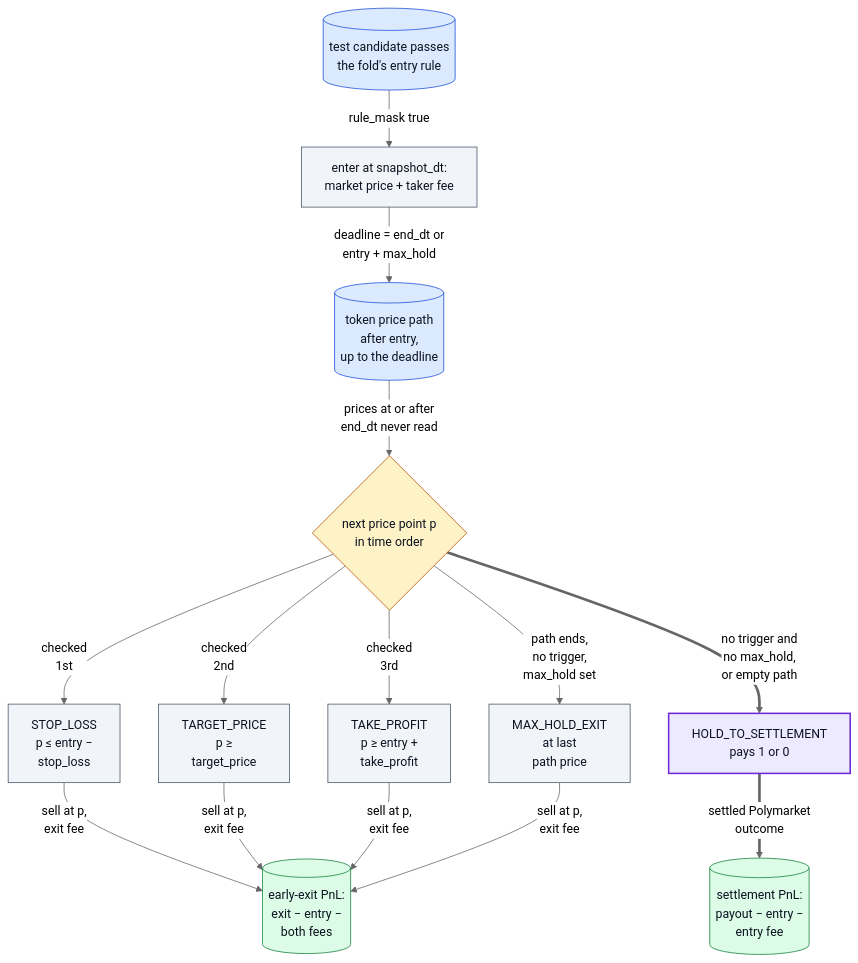
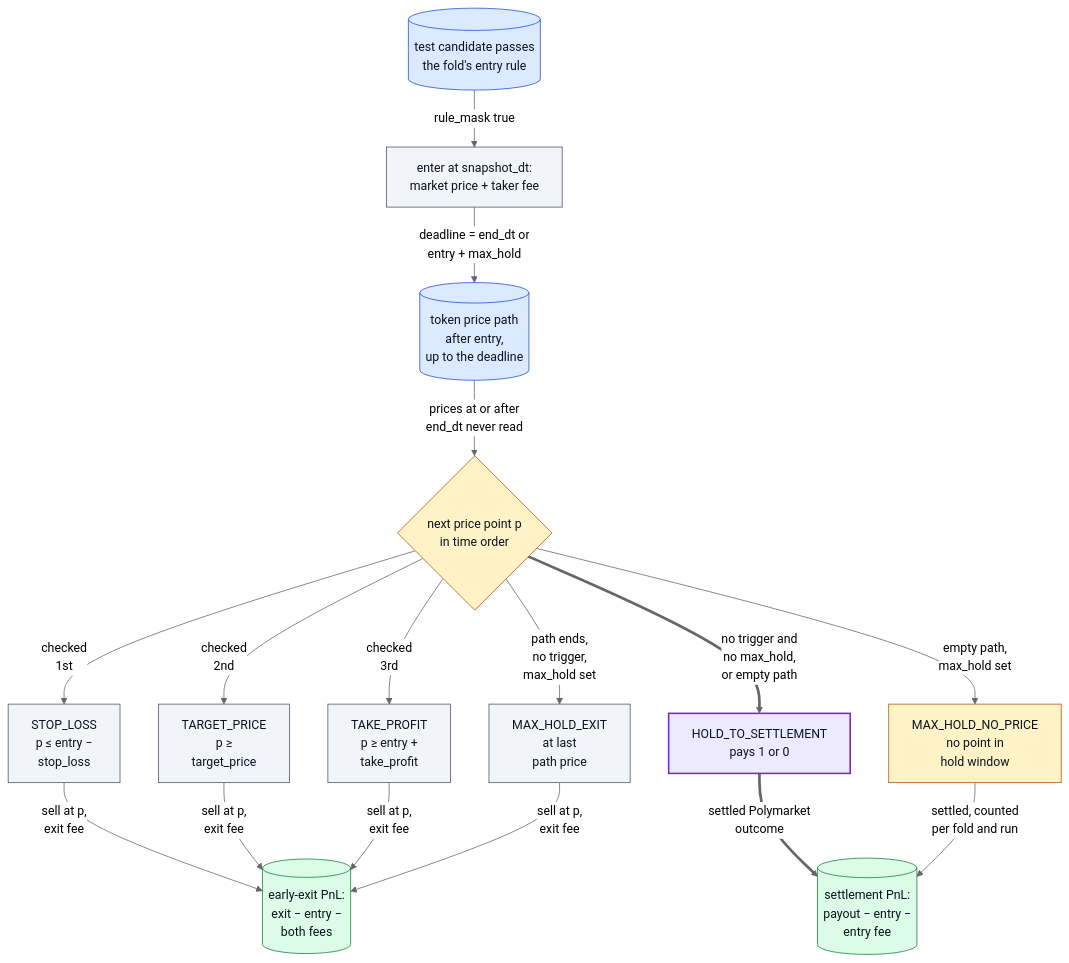
The fourth of 4 diagrams in docs/DIAGRAMS.md (oscar-chw/Polymarket-Crypto-5min), drawn with Mermaid (neutral theme) before and after one commit. The commit also changed 3 other files, not shown here.

First line of the commit message:
fix: mark max-hold exits with no price data instead of settling silently

````diff
--- a/docs/DIAGRAMS.md
+++ b/docs/DIAGRAMS.md
@@ -165,35 +165,38 @@
 ```mermaid
 flowchart TB
   E0[("test candidate passes<br/>the fold's entry rule")]:::data
   E1["enter at snapshot_dt:<br/>market price + taker fee"]:::step
   PATH[("token price path<br/>after entry,<br/>up to the deadline")]:::data
   Q{"next price point p<br/>in time order"}:::gate
   SL["STOP_LOSS<br/>p ≤ entry −<br/>stop_loss"]:::step
   TG["TARGET_PRICE<br/>p ≥<br/>target_price"]:::step
   TP["TAKE_PROFIT<br/>p ≥ entry +<br/>take_profit"]:::step
   MH["MAX_HOLD_EXIT<br/>at last<br/>path price"]:::step
   HS["HOLD_TO_SETTLEMENT<br/>pays 1 or 0"]:::key
+  MN["MAX_HOLD_NO_PRICE<br/>no point in<br/>hold window"]:::gate
   X1[("early-exit PnL:<br/>exit − entry −<br/>both fees")]:::out
   X2[("settlement PnL:<br/>payout − entry −<br/>entry fee")]:::out
 
   E0 -->|"rule_mask true"| E1
   E1 -->|"deadline = end_dt or<br/>entry + max_hold"| PATH
   PATH -->|"prices at or after<br/>end_dt never read"| Q
   Q -->|"checked<br/>1st"| SL
   Q -->|"checked<br/>2nd"| TG
   Q -->|"checked<br/>3rd"| TP
   Q -->|"path ends,<br/>no trigger,<br/>max_hold set"| MH
   Q ==>|"no trigger and<br/>no max_hold,<br/>or empty path"| HS
+  Q -->|"empty path,<br/>max_hold set"| MN
   SL -->|"sell at p,<br/>exit fee"| X1
   TG -->|"sell at p,<br/>exit fee"| X1
   TP -->|"sell at p,<br/>exit fee"| X1
   MH -->|"sell at p,<br/>exit fee"| X1
   HS ==>|"settled Polymarket<br/>outcome"| X2
+  MN -->|"settled, counted<br/>per fold and run"| X2
 
   classDef data fill:#dbeafe,stroke:#1d4ed8,color:#0b1220
   classDef step fill:#f1f5f9,stroke:#475569,color:#0b1220
   classDef gate fill:#fef3c7,stroke:#b45309,color:#0b1220
   classDef out  fill:#dcfce7,stroke:#15803d,color:#0b1220
   classDef ext  fill:#f8fafc,stroke:#94a3b8,color:#0b1220,stroke-dasharray:4 3
   classDef key  fill:#ede9fe,stroke:#6d28d9,color:#0b1220,stroke-width:2px
 ```
````
